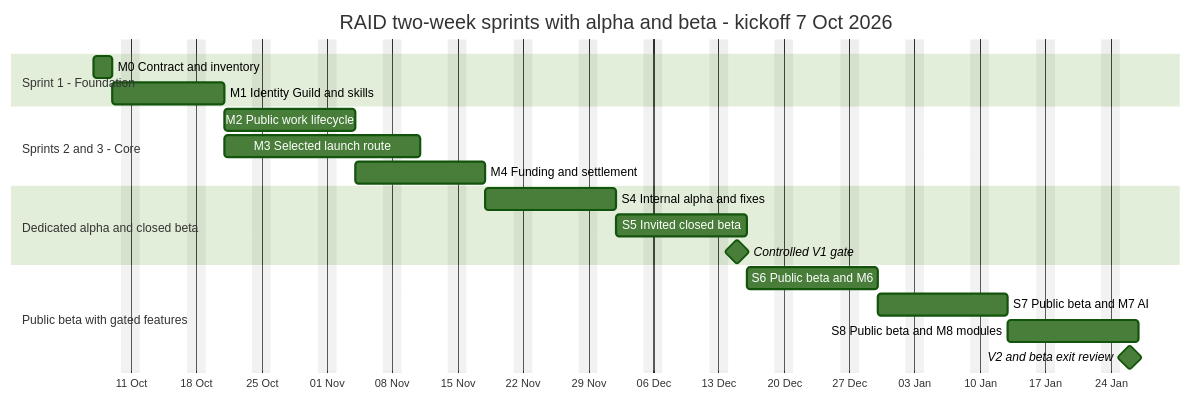
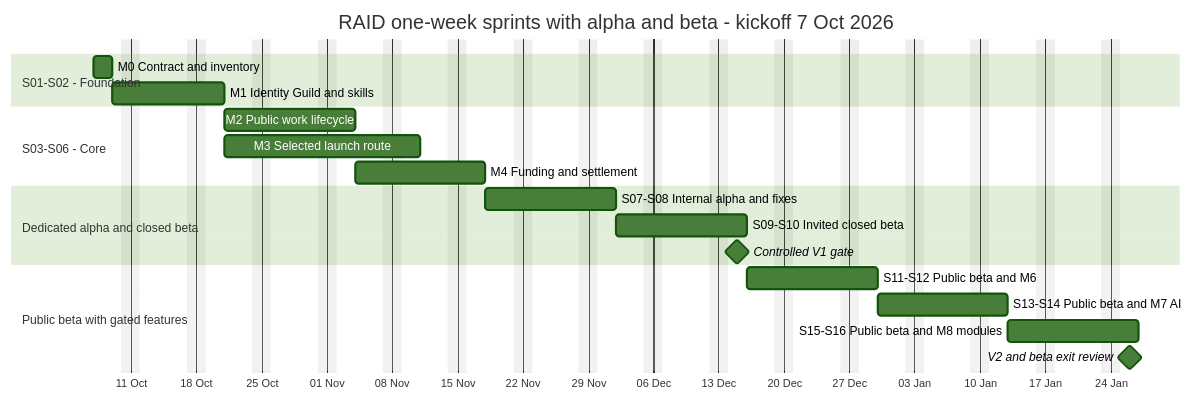
The first of 2 diagrams in docs/raid-delivery-timeline.md (solana-hackathon-1/useRAID.fun), drawn with Mermaid (forest theme) before and after one commit. The commit also changed other lines of this file and 15 other files, not shown here.

Commit message:
Plan complete RAID delivery with weekly GitHub sprints and UAT

````diff
--- a/docs/raid-delivery-timeline.md
+++ b/docs/raid-delivery-timeline.md
@@ -68,23 +68,23 @@
 ```mermaid
 gantt
-    title RAID two-week sprints with alpha and beta - kickoff 7 Oct 2026
+    title RAID one-week sprints with alpha and beta - kickoff 7 Oct 2026
     dateFormat YYYY-MM-DD
     axisFormat %d %b
     excludes weekends
-    section Sprint 1 - Foundation
+    section S01-S02 - Foundation
     M0 Contract and inventory      :m0, 2026-10-07, 2d
     M1 Identity Guild and skills   :m1, 2026-10-09, 8d
-    section Sprints 2 and 3 - Core
+    section S03-S06 - Core
     M2 Public work lifecycle       :m2, 2026-10-21, 10d
     M3 Selected launch route       :m3, 2026-10-21, 15d
     M4 Funding and settlement      :m4, 2026-11-04, 10d
     section Dedicated alpha and closed beta
-    S4 Internal alpha and fixes    :alpha, 2026-11-18, 10d
-    S5 Invited closed beta         :beta, 2026-12-02, 10d
+    S07-S08 Internal alpha and fixes    :alpha, 2026-11-18, 10d
+    S09-S10 Invited closed beta         :beta, 2026-12-02, 10d
     Controlled V1 gate             :milestone, v1, 2026-12-15, 0d
     section Public beta with gated features
-    S6 Public beta and M6          :m6, 2026-12-16, 10d
-    S7 Public beta and M7 AI       :m7, 2026-12-30, 10d
-    S8 Public beta and M8 modules  :m8, 2027-01-13, 10d
+    S11-S12 Public beta and M6          :m6, 2026-12-16, 10d
+    S13-S14 Public beta and M7 AI       :m7, 2026-12-30, 10d
+    S15-S16 Public beta and M8 modules  :m8, 2027-01-13, 10d
     V2 and beta exit review        :milestone, v2, 2027-01-26, 0d
 ```
````
